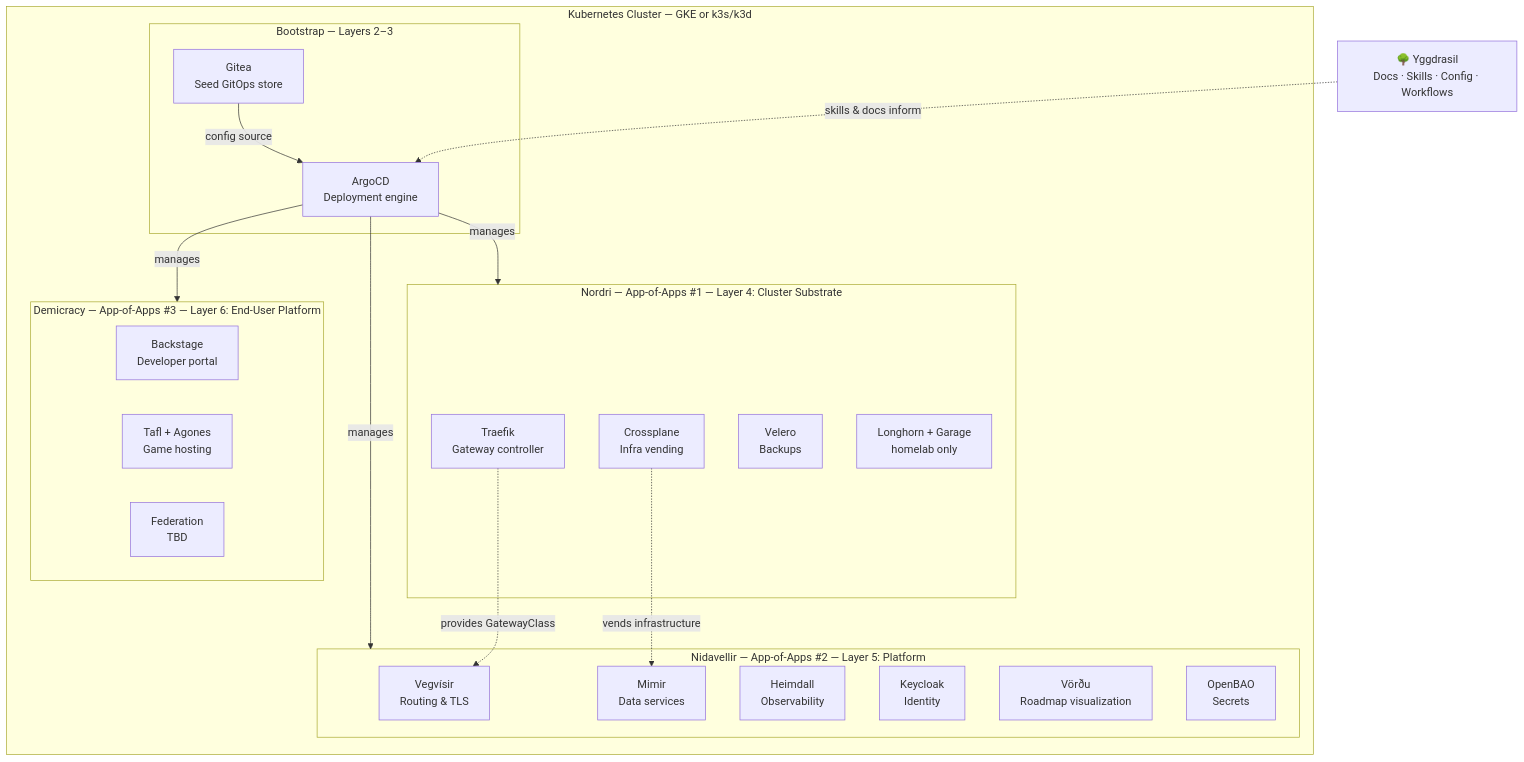
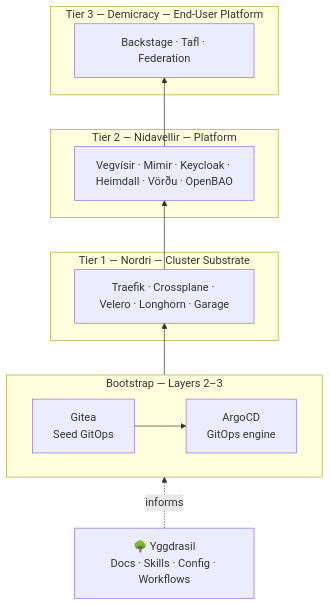
The diagram in docs/ecosystem-architecture.md (SiliconSaga/yggdrasil), drawn with Mermaid before and after one commit. The commit also changed other lines of this file and 1 other file, not shown here.

First line of the commit message:
Add writing-yggdrasil-docs skill; overhaul architecture doc

````diff
--- a/docs/ecosystem-architecture.md
+++ b/docs/ecosystem-architecture.md
@@ -15,43 +16,26 @@
 ```mermaid
-graph TD
-    YGG["🌳 Yggdrasil\nDocs · Skills · Config · Workflows"]
+graph BT
+    YGG["🌳 Yggdrasil<br/>Docs · Skills · Config · Workflows"]
 
-    subgraph CLUSTER["Kubernetes Cluster — GKE or k3s/k3d"]
-
-        subgraph BOOT["Bootstrap — Layers 2–3"]
-            GITEA["Gitea\nSeed GitOps store"]
-            ARGO["ArgoCD\nDeployment engine"]
-        end
-
-        subgraph NORDRI["Nordri — App-of-Apps #1 — Layer 4: Cluster Substrate"]
-            TRAEFIK["Traefik\nGateway controller"]
-            CROSS["Crossplane\nInfra vending"]
-            VELERO["Velero\nBackups"]
-            STORAGE["Longhorn + Garage\nhomelab only"]
-        end
-
-        subgraph NIDAVELLIR["Nidavellir — App-of-Apps #2 — Layer 5: Platform"]
-            VEGVISIR["Vegvísir\nRouting & TLS"]
-            MIMIR["Mimir\nData services"]
-            HEIMDALL["Heimdall\nObservability"]
-            KEYCLOAK["Keycloak\nIdentity"]
-            VORDU["Vörðu\nRoadmap visualization"]
-            OPENBAO["OpenBAO\nSecrets"]
-        end
-
-        subgraph DEMICRACY["Demicracy — App-of-Apps #3 — Layer 6: End-User Platform"]
-            BACKSTAGE["Backstage\nDeveloper portal"]
-            TAFL["Tafl + Agones\nGame hosting"]
-            FED["Federation\nTBD"]
-        end
-
+    subgraph BOOT["Bootstrap — Layers 2–3"]
+        direction LR
+        GITEA["Gitea<br/>Seed GitOps"] --> ARGO["ArgoCD<br/>GitOps engine"]
     end
 
-    YGG -. "skills & docs inform" .-> ARGO
-    GITEA -->|"config source"| ARGO
-    ARGO -->|"manages"| NORDRI
-    ARGO -->|"manages"| NIDAVELLIR
-    ARGO -->|"manages"| DEMICRACY
-    TRAEFIK -. "provides GatewayClass" .-> VEGVISIR
-    CROSS -. "vends infrastructure" .-> MIMIR
+    subgraph NORDRI["Tier 1 — Nordri — Cluster Substrate"]
+        N["Traefik · Crossplane · Velero · Longhorn · Garage"]
+    end
+
+    subgraph NIDAVELLIR["Tier 2 — Nidavellir — Platform"]
+        P["Vegvísir · Mimir · Keycloak · Heimdall · Vörðu · OpenBAO"]
+    end
+
+    subgraph DEMICRACY["Tier 3 — Demicracy — End-User Platform"]
+        D["Backstage · Tafl · Federation"]
+    end
+
+    ARGO --> N
+    N --> P
+    P --> D
+    YGG -. "informs" .-> ARGO
 ```
````
